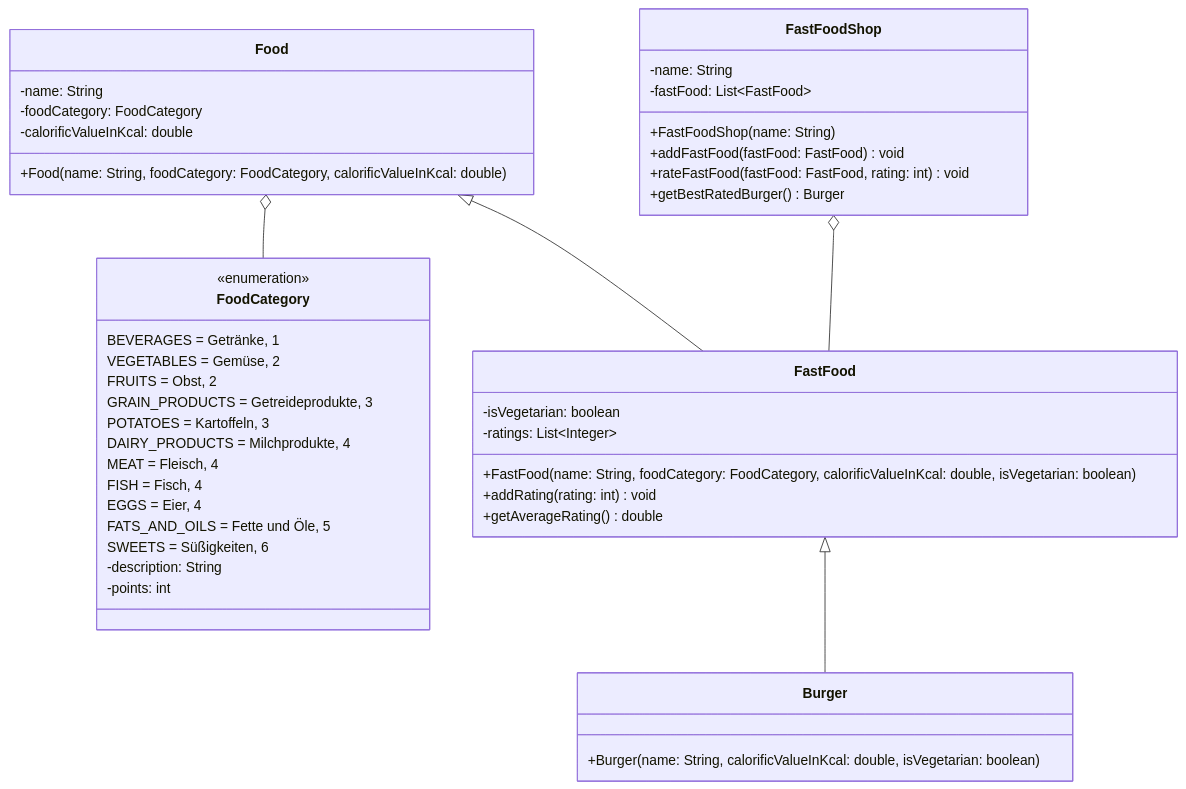
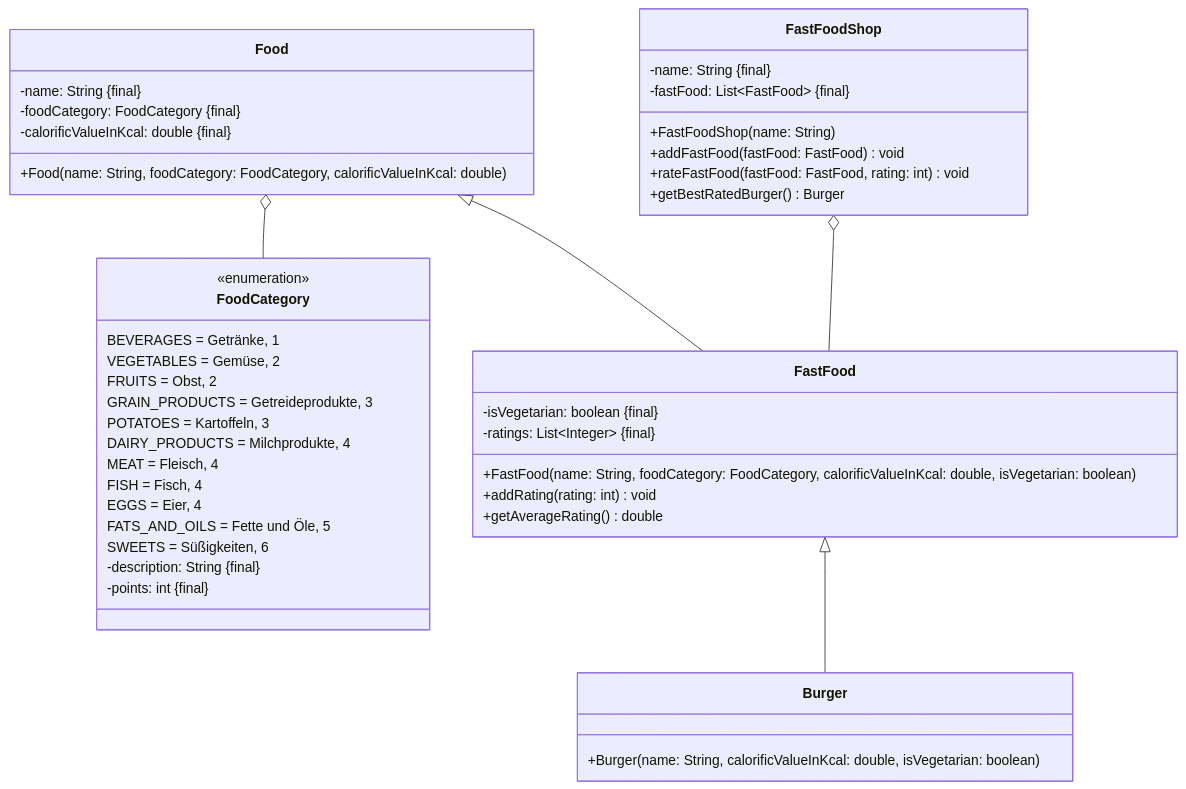
One commit to jappuccini/java-docs changed the diagram in docs/exam-exercises/exam-exercises-java1/fast-food.md. Above: the diagram before and after it, drawn with Mermaid. The commit also changed 24 other files, not shown here.

````diff
--- a/docs/exam-exercises/exam-exercises-java1/fast-food.md
+++ b/docs/exam-exercises/exam-exercises-java1/fast-food.md
@@ -12,52 +12,52 @@
 ```mermaid
 classDiagram
     Food o-- FoodCategory
     Food <|-- FastFood
     FastFood <|-- Burger
     FastFoodShop o-- FastFood
 
     class FoodCategory {
         <<enumeration>>
         BEVERAGES = Getränke, 1
         VEGETABLES = Gemüse, 2
         FRUITS = Obst, 2
         GRAIN_PRODUCTS = Getreideprodukte, 3
         POTATOES = Kartoffeln, 3
         DAIRY_PRODUCTS = Milchprodukte, 4
         MEAT = Fleisch, 4
         FISH = Fisch, 4
         EGGS = Eier, 4
         FATS_AND_OILS = Fette und Öle, 5
         SWEETS = Süßigkeiten, 6
-        -description: String
-        -points: int
+        -description: String &#123final&#125
+        -points: int &#123final&#125
     }
 
     class Food {
-        -name: String
-        -foodCategory: FoodCategory
-        -calorificValueInKcal: double
+        -name: String &#123final&#125
+        -foodCategory: FoodCategory &#123final&#125
+        -calorificValueInKcal: double &#123final&#125
         +Food(name: String, foodCategory: FoodCategory, calorificValueInKcal: double)
     }
 
     class FastFood {
-        -isVegetarian: boolean
-        -ratings: List~Integer~
+        -isVegetarian: boolean &#123final&#125
+        -ratings: List~Integer~ &#123final&#125
         +FastFood(name: String, foodCategory: FoodCategory, calorificValueInKcal: double, isVegetarian: boolean)
         +addRating(rating: int) void
         +getAverageRating() double
     }
 
     class Burger {
         +Burger(name: String, calorificValueInKcal: double, isVegetarian: boolean)
     }
 
     class FastFoodShop {
-        -name: String
-        -fastFood: List~FastFood~
+        -name: String &#123final&#125
+        -fastFood: List~FastFood~ &#123final&#125
         +FastFoodShop(name: String)
         +addFastFood(fastFood: FastFood) void
         +rateFastFood(fastFood: FastFood, rating: int) void
         +getBestRatedBurger() Burger
     }
 ```
````
